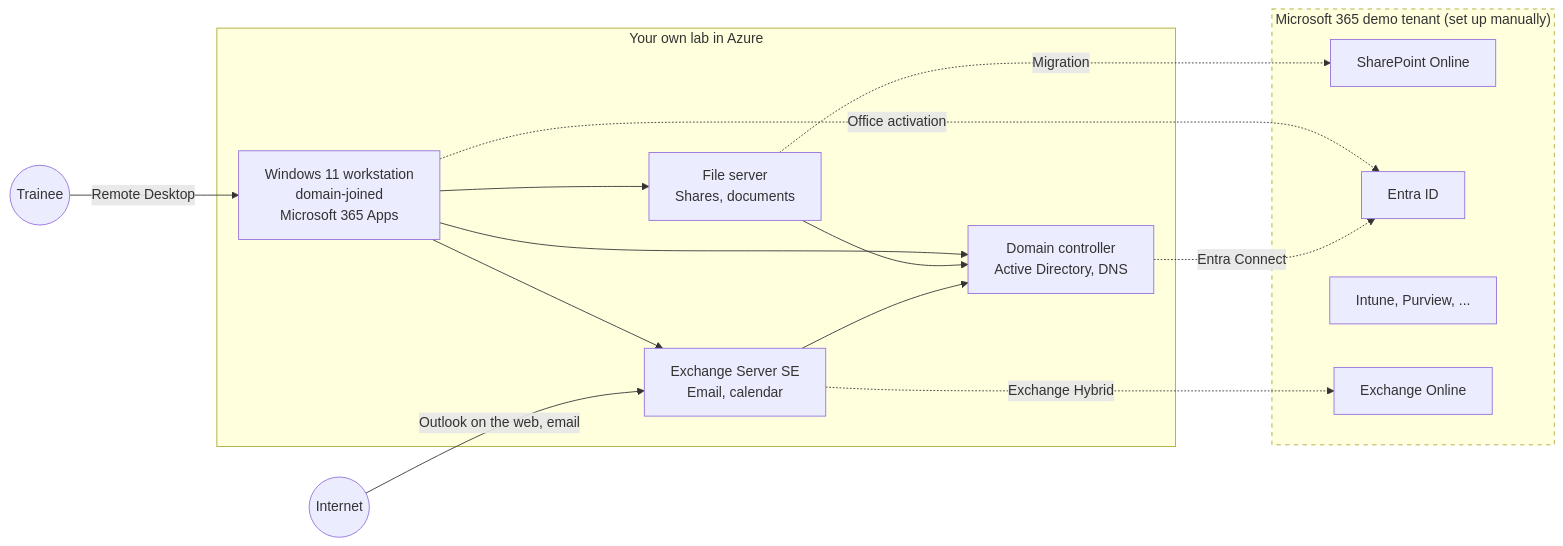
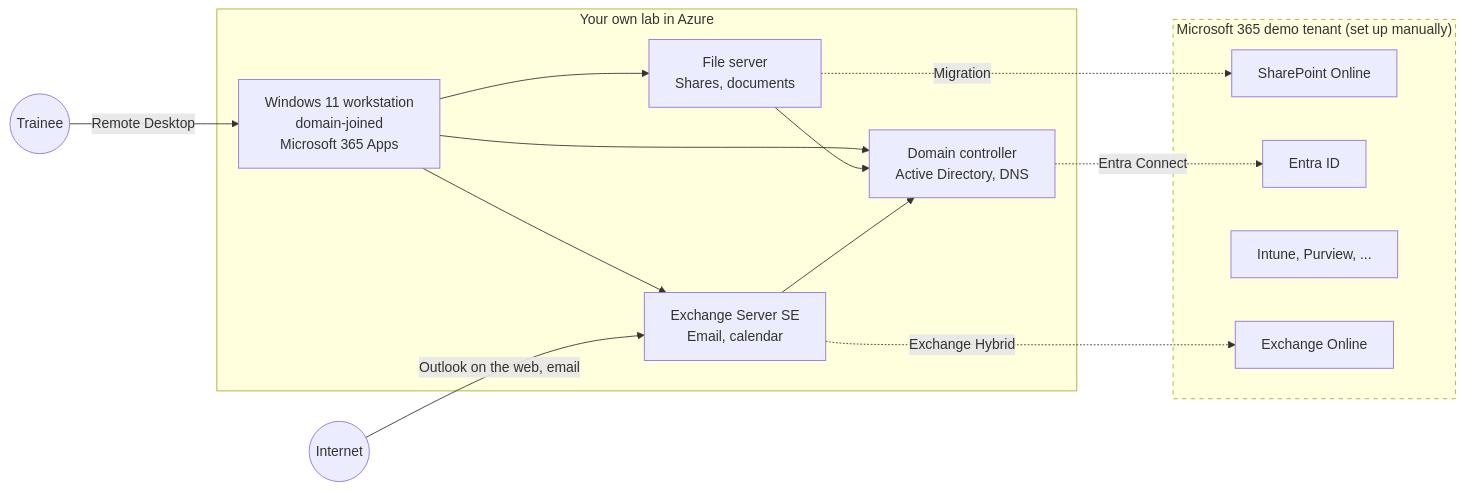
One commit to sredlin/TraineeLab changed the first of 2 diagrams in readme.md. Above: the diagram before and after it, drawn with Mermaid. The commit also changed other lines of this file, not shown here.

Commit message:
docs(readme): drop the Office activation edge from the diagram

````diff
--- a/readme.md
+++ b/readme.md
@@ -81,27 +81,26 @@
 ```mermaid
 flowchart LR
     subgraph LAB[Your own lab in Azure]
         CL[Windows 11 workstation<br/>domain-joined<br/>Microsoft 365 Apps]
         FS[File server<br/>Shares, documents]
         DC[Domain controller<br/>Active Directory, DNS]
         EX[Exchange Server SE<br/>Email, calendar]
         CL --> FS
         CL --> DC
         CL --> EX
         FS --> DC
         EX --> DC
     end
     subgraph M365["Microsoft 365 demo tenant (set up manually)"]
         SPO[SharePoint Online]
         ENTRA[Entra ID]
         MORE["Intune, Purview, ..."]
         EXO[Exchange Online]
     end
     TRAINEE((Trainee)) -->|Remote Desktop| CL
     INTERNET((Internet)) -->|Outlook on the web, email| EX
     FS -.->|Migration| SPO
-    CL -.->|Office activation| ENTRA
     DC -.->|Entra Connect| ENTRA
     EX -.->|Exchange Hybrid| EXO
     style M365 stroke-dasharray: 5 5
 ```
````
